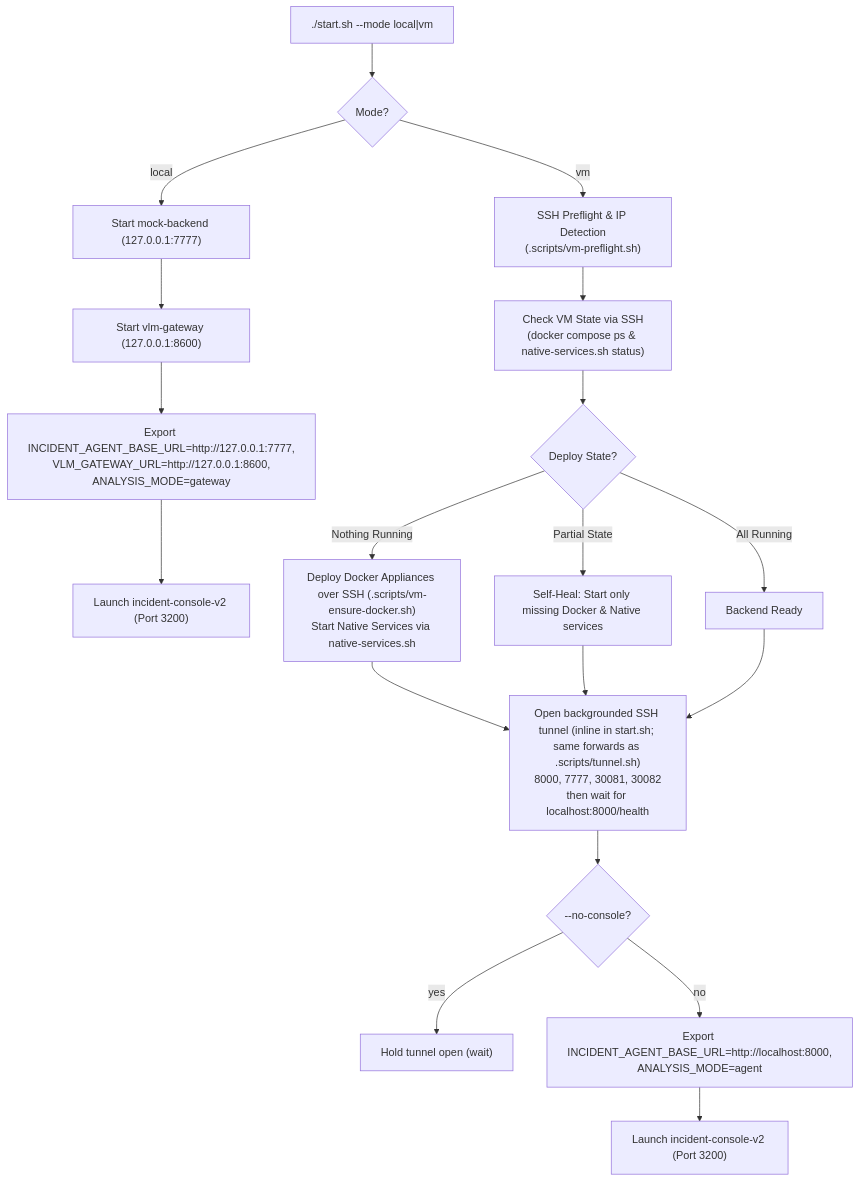
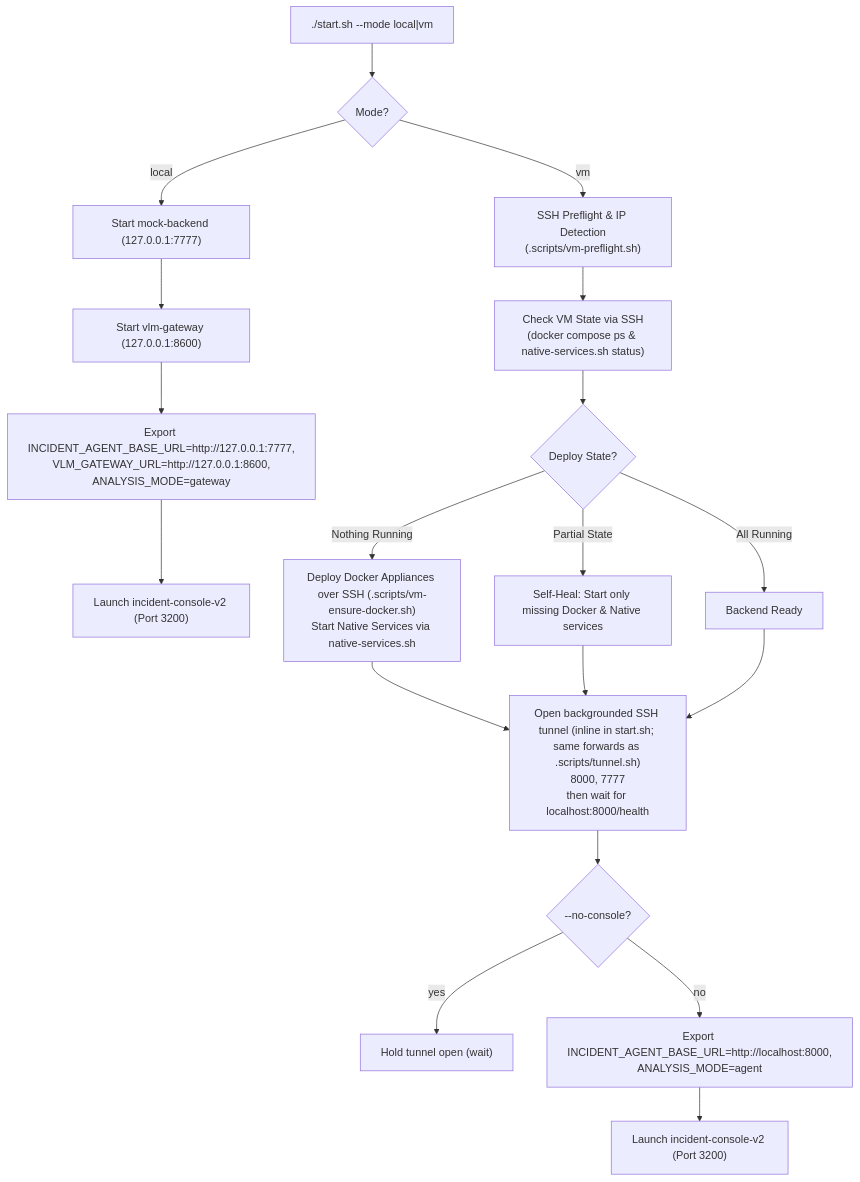
Before and after one commit to Danwidj/video-search-and-summarization: the second of 5 diagrams in deploy/docker/developer-profiles/dev-profile-incident/.docs/architecture.md, drawn with Mermaid. The commit also changed other lines of this file and 8 other files, not shown here.

````diff
--- a/deploy/docker/developer-profiles/dev-profile-incident/.docs/architecture.md
+++ b/deploy/docker/developer-profiles/dev-profile-incident/.docs/architecture.md
@@ -130,28 +129,28 @@
 ```mermaid
 flowchart TD
     Start["./start.sh --mode local|vm"] --> CheckMode{Mode?}
 
     %% Local Mode Path
     CheckMode -->|local| StartMock["Start mock-backend (127.0.0.1:7777)"]
     StartMock --> StartGateway["Start vlm-gateway (127.0.0.1:8600)"]
     StartGateway --> LocalInit["Export INCIDENT_AGENT_BASE_URL=http://127.0.0.1:7777,<br/>VLM_GATEWAY_URL=http://127.0.0.1:8600,<br/>ANALYSIS_MODE=gateway"]
     LocalInit --> RunV2Local["Launch incident-console-v2 (Port 3200)"]
 
     %% VM Mode Path
     CheckMode -->|vm| Preflight["SSH Preflight & IP Detection<br/>(.scripts/vm-preflight.sh)"]
     Preflight --> CheckSSH["Check VM State via SSH<br/>(docker compose ps & native-services.sh status)"]
     CheckSSH --> StateDecision{Deploy State?}
     
     StateDecision -->|Nothing Running| FreshDeploy["Deploy Docker Appliances over SSH (.scripts/vm-ensure-docker.sh)<br/>Start Native Services via native-services.sh"]
     StateDecision -->|Partial State| SelfHeal["Self-Heal: Start only missing Docker & Native services"]
     StateDecision -->|All Running| Ready["Backend Ready"]
     
     FreshDeploy --> OpenTunnel
     SelfHeal --> OpenTunnel
     Ready --> OpenTunnel
 
-    OpenTunnel["Open backgrounded SSH tunnel (inline in start.sh; same forwards as .scripts/tunnel.sh)<br/>8000, 7777, 30081, 30082<br/>then wait for localhost:8000/health"] --> CheckConsole{--no-console?}
+    OpenTunnel["Open backgrounded SSH tunnel (inline in start.sh; same forwards as .scripts/tunnel.sh)<br/>8000, 7777<br/>then wait for localhost:8000/health"] --> CheckConsole{--no-console?}
     CheckConsole -->|yes| Hold["Hold tunnel open (wait)"]
     CheckConsole -->|no| VMInit["Export INCIDENT_AGENT_BASE_URL=http://localhost:8000,<br/>ANALYSIS_MODE=agent"]
     VMInit --> RunV2VM["Launch incident-console-v2 (Port 3200)"]
 ```
````
